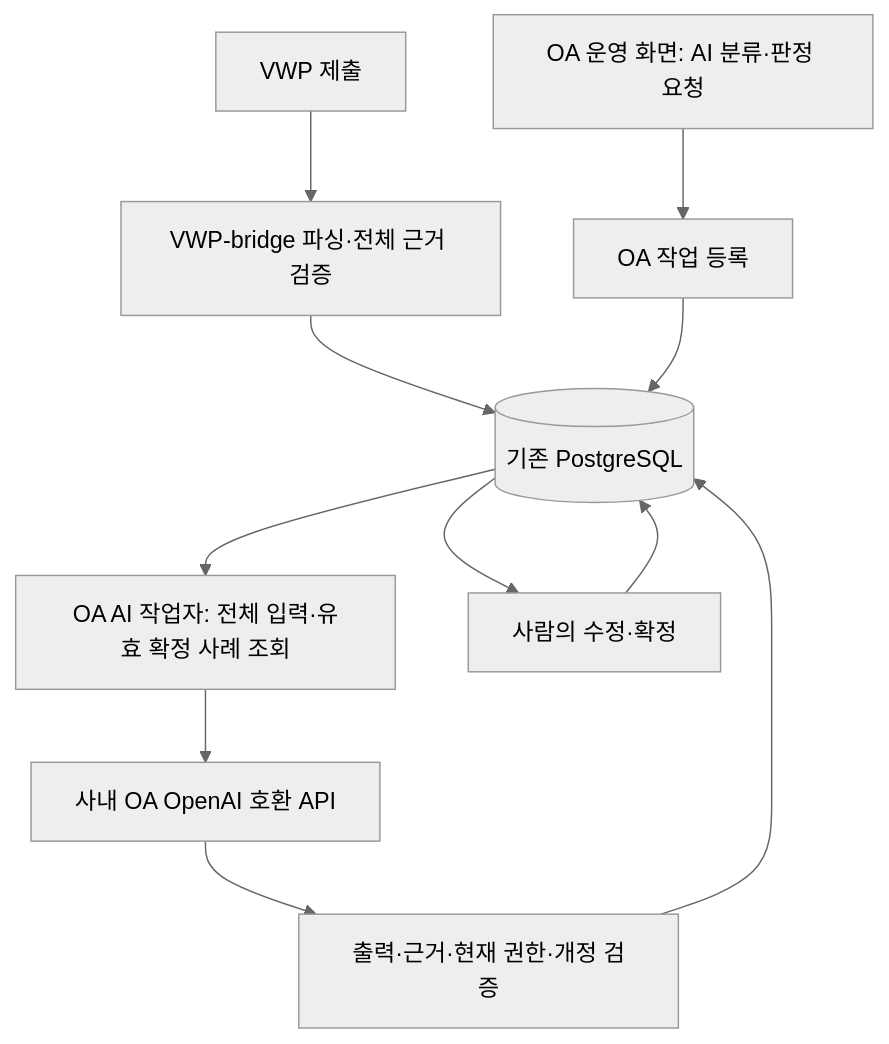
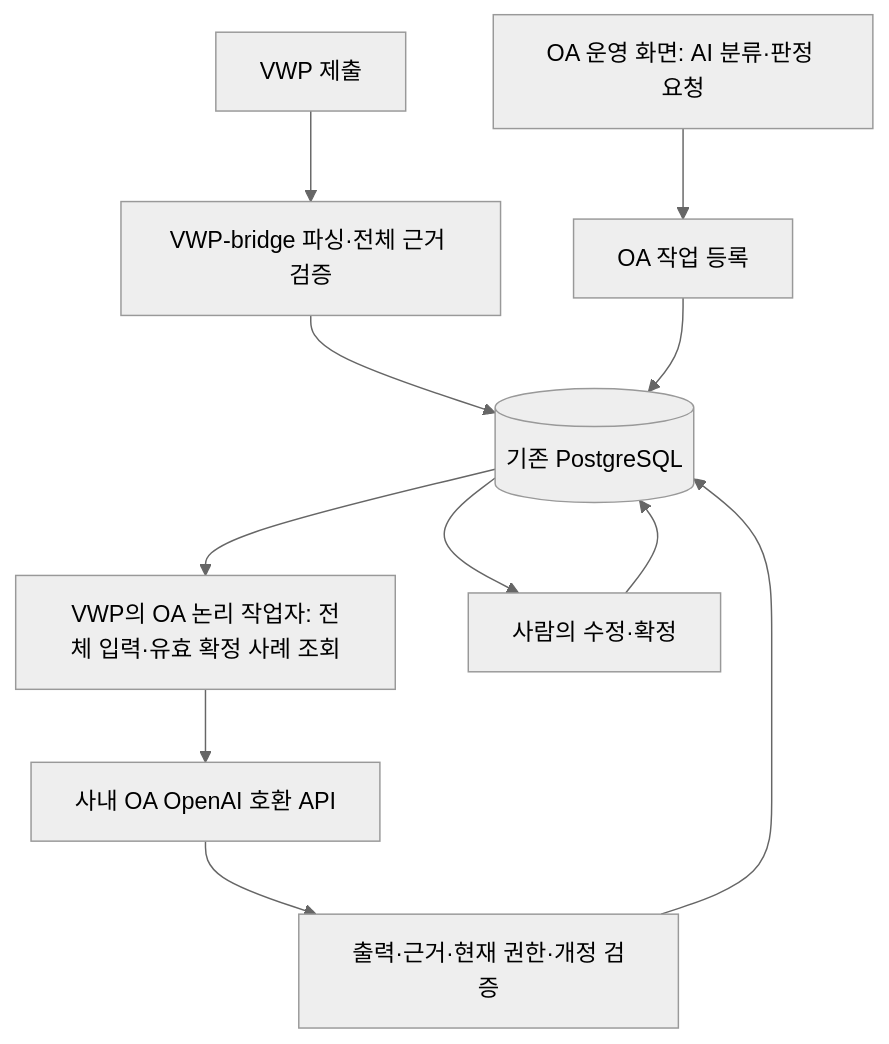
One commit to kyuns-96/sanity_log_parser changed the diagram in oa/AI_RUNTIME.md. Above: the diagram before and after it, drawn with Mermaid (neutral theme). The commit also changed other lines of this file and 66 other files, not shown here.

````diff
--- a/oa/AI_RUNTIME.md
+++ b/oa/AI_RUNTIME.md
@@ -9,13 +11,13 @@
 ```mermaid
 flowchart TD
     V[VWP 제출] --> B[VWP-bridge 파싱·전체 근거 검증]
     B --> D[(기존 PostgreSQL)]
     U[OA 운영 화면: AI 분류·판정 요청] --> J[OA 작업 등록]
     J --> D
-    D --> W[OA AI 작업자: 전체 입력·유효 확정 사례 조회]
+    D --> W[VWP의 OA 논리 작업자: 전체 입력·유효 확정 사례 조회]
     W --> A[사내 OA OpenAI 호환 API]
     A --> C[출력·근거·현재 권한·개정 검증]
     C --> D
     D --> H[사람의 수정·확정]
     H --> D
 ```
````
